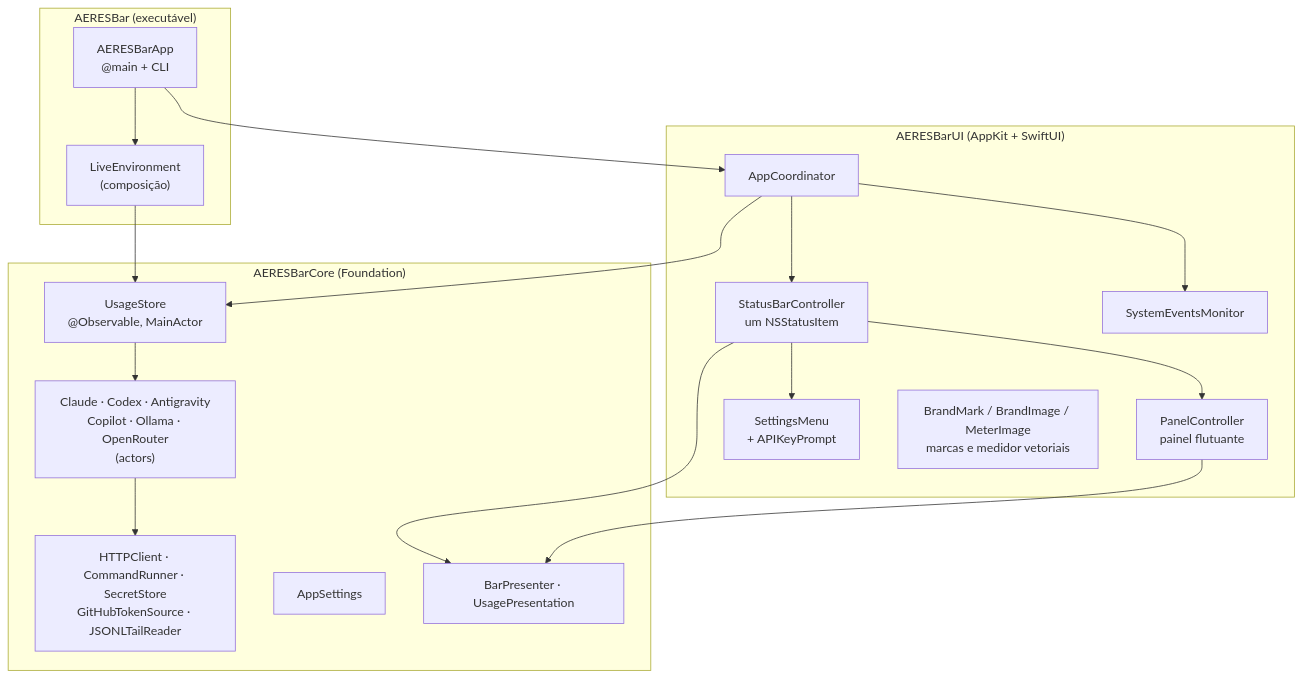
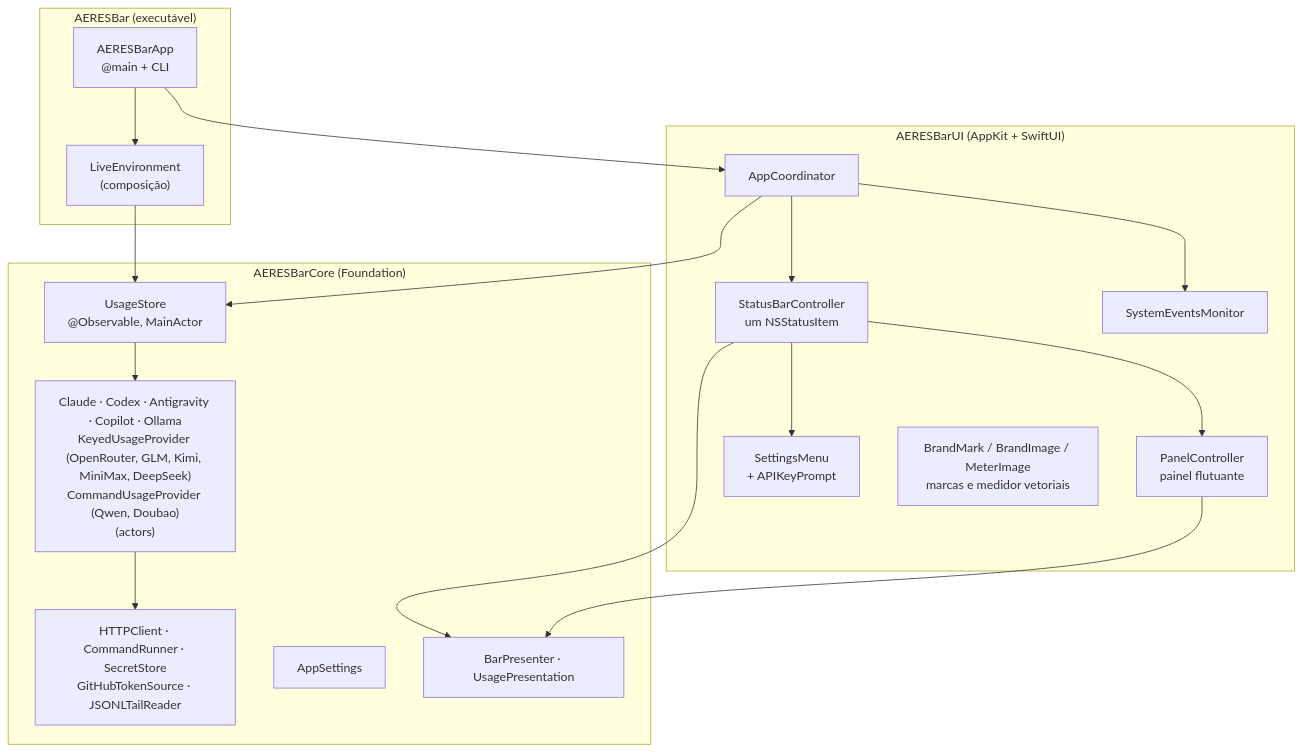
Before and after one commit to aeresdigital/aeres-bar: the diagram in docs/ARCHITECTURE.md, drawn with Mermaid. The commit also changed other lines of this file and 4 other files, not shown here.

````diff
--- a/docs/ARCHITECTURE.md
+++ b/docs/ARCHITECTURE.md
@@ -7,24 +7,24 @@
 ```mermaid
 flowchart TB
     subgraph App["AERESBar (executável)"]
         Main["AERESBarApp<br/>@main + CLI"] --> Live["LiveEnvironment<br/>(composição)"]
     end
     subgraph UI["AERESBarUI (AppKit + SwiftUI)"]
         Coord["AppCoordinator"] --> Bar["StatusBarController<br/>um NSStatusItem"]
         Bar --> Panel["PanelController<br/>painel flutuante"]
         Bar --> Menu["SettingsMenu<br/>+ APIKeyPrompt"]
         Coord --> Events["SystemEventsMonitor"]
         Brand["BrandMark / BrandImage / MeterImage<br/>marcas e medidor vetoriais"]
     end
     subgraph Core["AERESBarCore (Foundation)"]
         Store["UsageStore<br/>@Observable, MainActor"] --> Providers
-        Providers["Claude · Codex · Antigravity<br/>Copilot · Ollama · OpenRouter<br/>(actors)"] --> Infra["HTTPClient · CommandRunner · SecretStore<br/>GitHubTokenSource · JSONLTailReader"]
+        Providers["Claude · Codex · Antigravity · Copilot · Ollama<br/>KeyedUsageProvider (OpenRouter, GLM, Kimi, MiniMax, DeepSeek)<br/>CommandUsageProvider (Qwen, Doubao)<br/>(actors)"] --> Infra["HTTPClient · CommandRunner · SecretStore<br/>GitHubTokenSource · JSONLTailReader"]
         Settings["AppSettings"]
         Presentation["BarPresenter · UsagePresentation"]
     end
     Live --> Store
     Main --> Coord
     Coord --> Store
     Bar --> Presentation
     Panel --> Presentation
 ```
````
